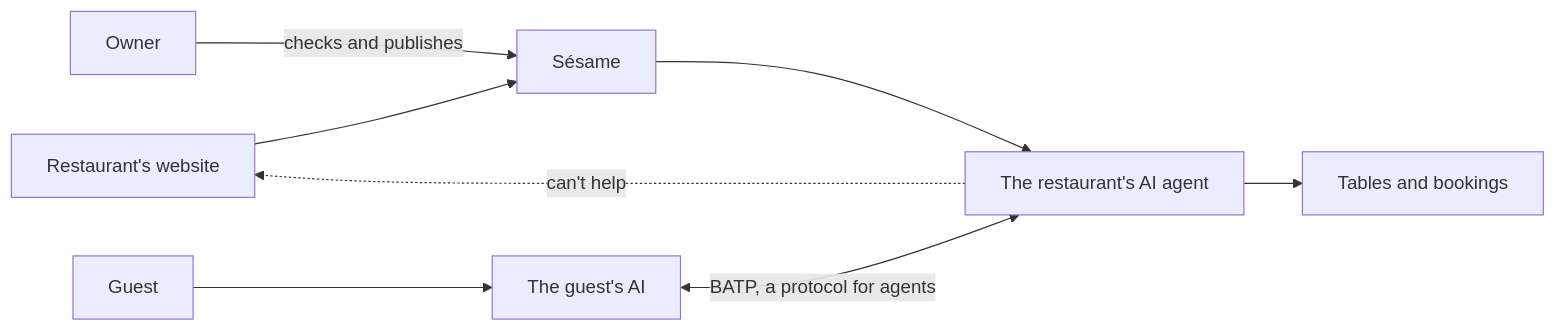
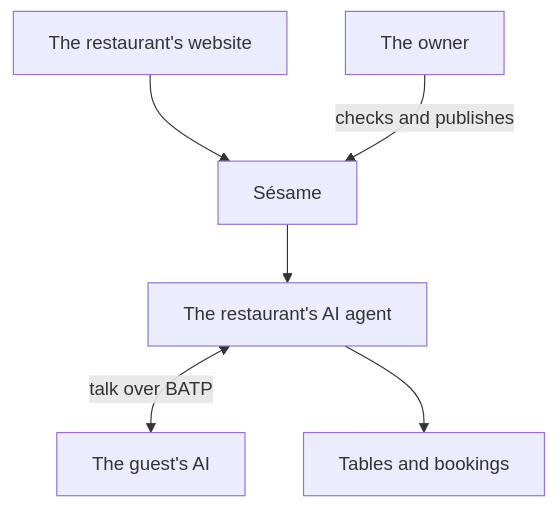
One commit to MaxEntz/BaselHack2026 changed the diagram in readme.md. Above: the diagram before and after it, drawn with Mermaid. The commit also changed 1 other file, not shown here.

Commit message:
docs: a cleaner dark logo and a simpler diagram in the README (#277)

````diff
--- a/readme.md
+++ b/readme.md
@@ -52,10 +52,8 @@
 ```mermaid
-flowchart LR
-    Site["Restaurant's website"] --> Sesame["Sésame"]
-    Owner["Owner"] -- "checks and publishes" --> Sesame
+flowchart TD
+    Site["The restaurant's website"] --> Sesame["Sésame"]
+    Owner["The owner"] -- "checks and publishes" --> Sesame
     Sesame --> Agent["The restaurant's AI agent"]
-    Guest["Guest"] --> AI["The guest's AI"]
-    AI <-- "BATP, a protocol for agents" --> Agent
+    Agent <-- "talk over BATP" --> AI["The guest's AI"]
     Agent --> Bookings["Tables and bookings"]
-    Agent -. "can't help" .-> Site
 ```
````
